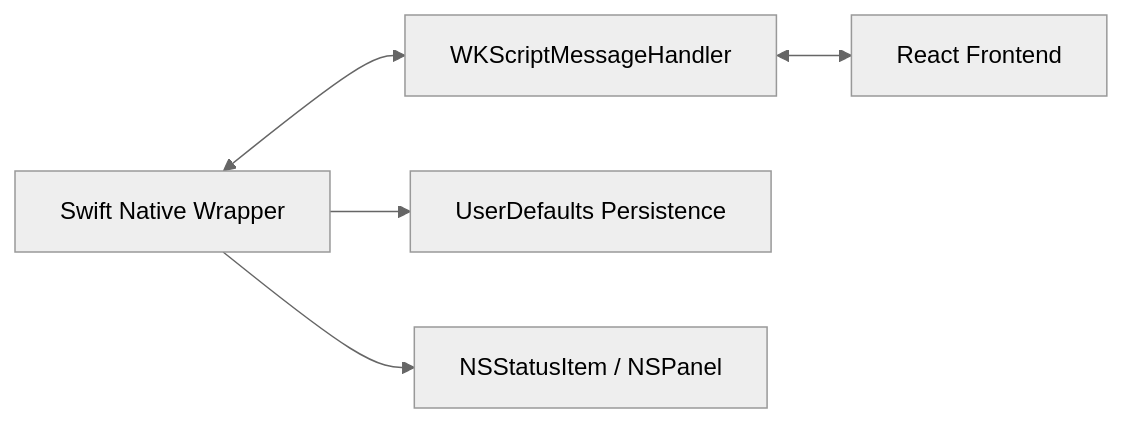
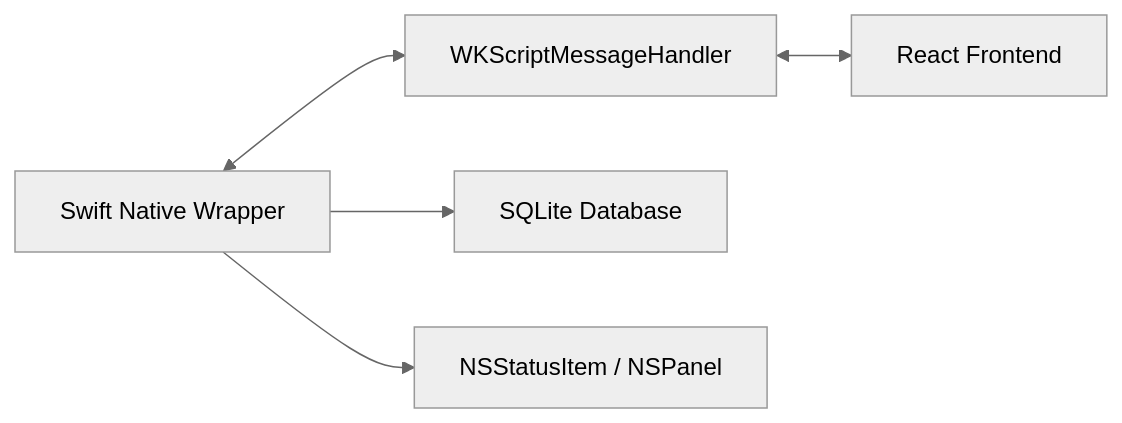
Before and after one commit to saranshbarua/pomodoro: the diagram in docs/CODEBASE.md, drawn with Mermaid (neutral theme). The commit also changed other lines of this file and 4 other files, not shown here.

````diff
--- a/docs/CODEBASE.md
+++ b/docs/CODEBASE.md
@@ -9,7 +9,7 @@
 ```mermaid
 graph LR
     Swift[Swift Native Wrapper] <--> Bridge[WKScriptMessageHandler]
     Bridge <--> React[React Frontend]
-    Swift --> UD[UserDefaults Persistence]
+    Swift --> DB[SQLite Database]
     Swift --> NS[NSStatusItem / NSPanel]
 ```
````
